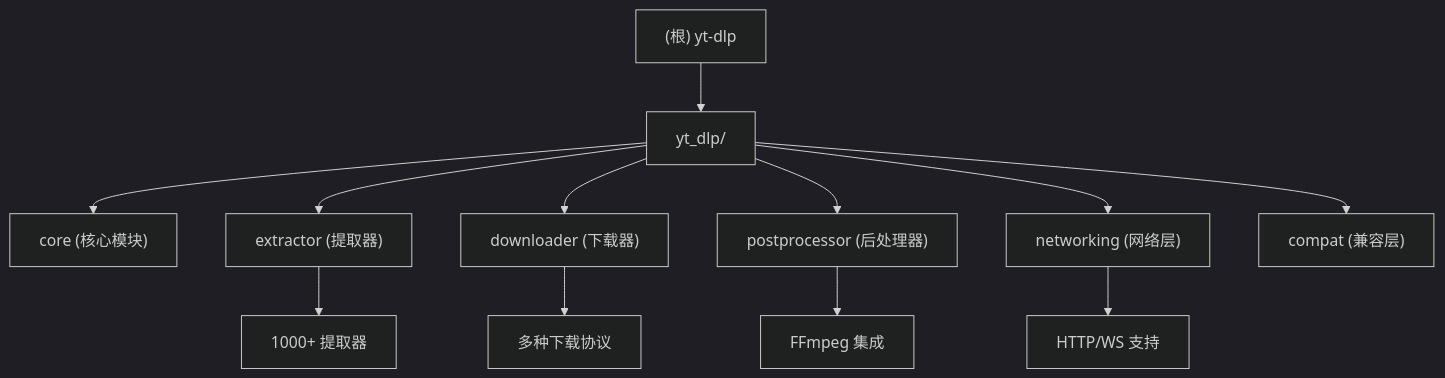
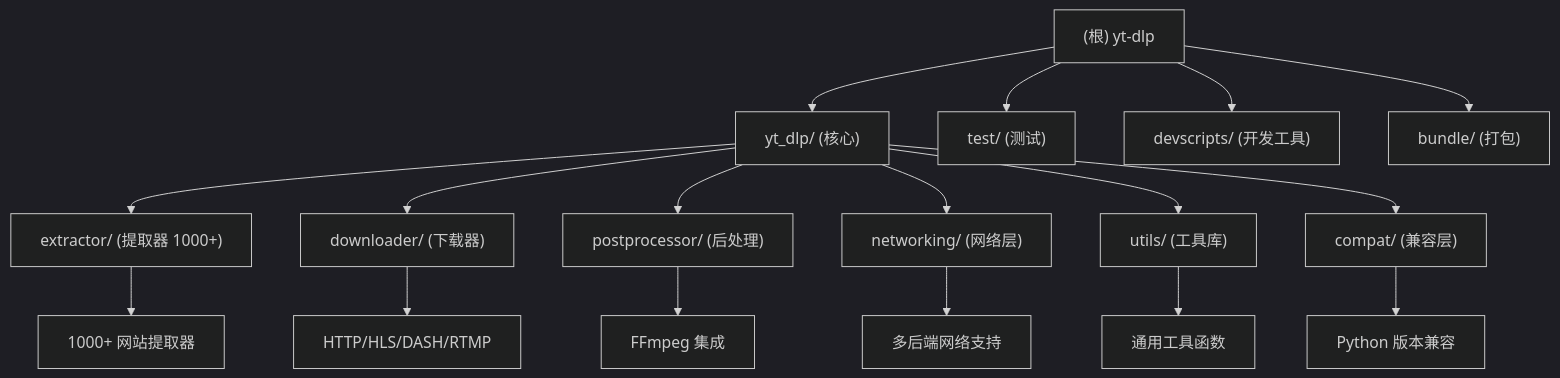
One commit to afanty2021/yt-dlp changed the diagram in CLAUDE.md. Above: the diagram before and after it, drawn with Mermaid (dark theme). The commit also changed other lines of this file and 3 other files, not shown here.

First line of the commit message:
docs: 全面更新项目架构文档，新增 utils 和 compat 模块文档

````diff
--- a/CLAUDE.md
+++ b/CLAUDE.md
@@ -19,21 +21,29 @@
 ```mermaid
 graph TD
-    A["(根) yt-dlp"] --> B["yt_dlp/"];
-    B --> C["core (核心模块)"];
-    B --> D["extractor (提取器)"];
-    B --> E["downloader (下载器)"];
-    B --> F["postprocessor (后处理器)"];
-    B --> G["networking (网络层)"];
-    B --> H["compat (兼容层)"];
+    A["(根) yt-dlp"] --> B["yt_dlp/ (核心)"];
+    A --> C["test/ (测试)"];
+    A --> D["devscripts/ (开发工具)"];
+    A --> E["bundle/ (打包)"];
 
-    D --> I["1000+ 提取器"];
-    E --> J["多种下载协议"];
-    F --> K["FFmpeg 集成"];
-    G --> L["HTTP/WS 支持"];
+    B --> F["extractor/ (提取器 1000+)"];
+    B --> G["downloader/ (下载器)"];
+    B --> H["postprocessor/ (后处理)"];
+    B --> I["networking/ (网络层)"];
+    B --> J["utils/ (工具库)"];
+    B --> K["compat/ (兼容层)"];
 
-    click C "./yt_dlp/CLAUDE.md" "查看核心模块文档"
-    click D "./yt_dlp/extractor/CLAUDE.md" "查看提取器模块文档"
-    click E "./yt_dlp/downloader/CLAUDE.md" "查看下载器模块文档"
-    click F "./yt_dlp/postprocessor/CLAUDE.md" "查看后处理器模块文档"
-    click G "./yt_dlp/networking/CLAUDE.md" "查看网络层文档"
+    F --> L["1000+ 网站提取器"];
+    G --> M["HTTP/HLS/DASH/RTMP"];
+    H --> N["FFmpeg 集成"];
+    I --> O["多后端网络支持"];
+    J --> P["通用工具函数"];
+    K --> Q["Python 版本兼容"];
+
+    click B "./yt_dlp/CLAUDE.md" "查看核心模块文档"
+    click F "./yt_dlp/extractor/CLAUDE.md" "查看提取器模块文档"
+    click G "./yt_dlp/downloader/CLAUDE.md" "查看下载器模块文档"
+    click H "./yt_dlp/postprocessor/CLAUDE.md" "查看后处理器模块文档"
+    click I "./yt_dlp/networking/CLAUDE.md" "查看网络层文档"
+    click J "./yt_dlp/utils/CLAUDE.md" "查看工具库文档"
+    click K "./yt_dlp/compat/CLAUDE.md" "查看兼容层文档"
 ```
````
